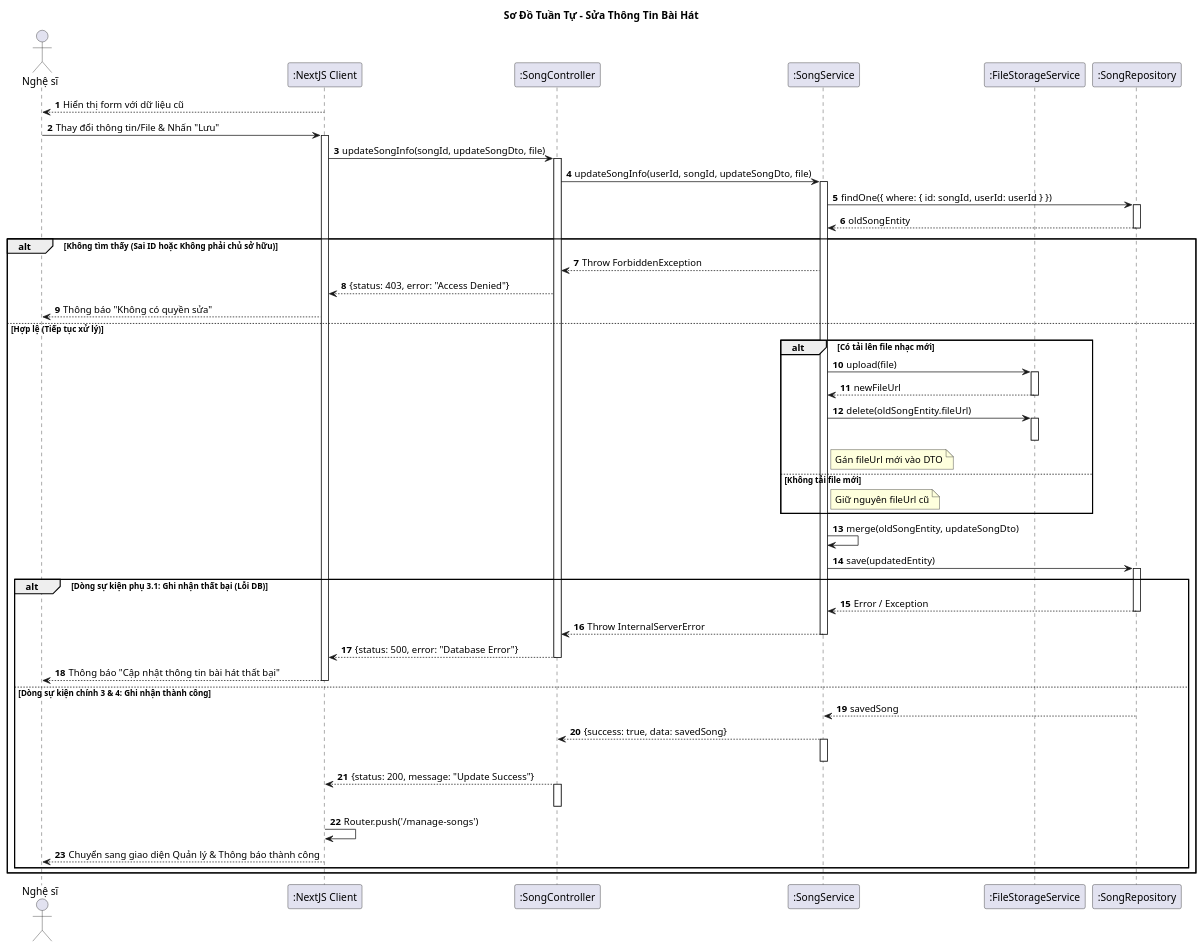
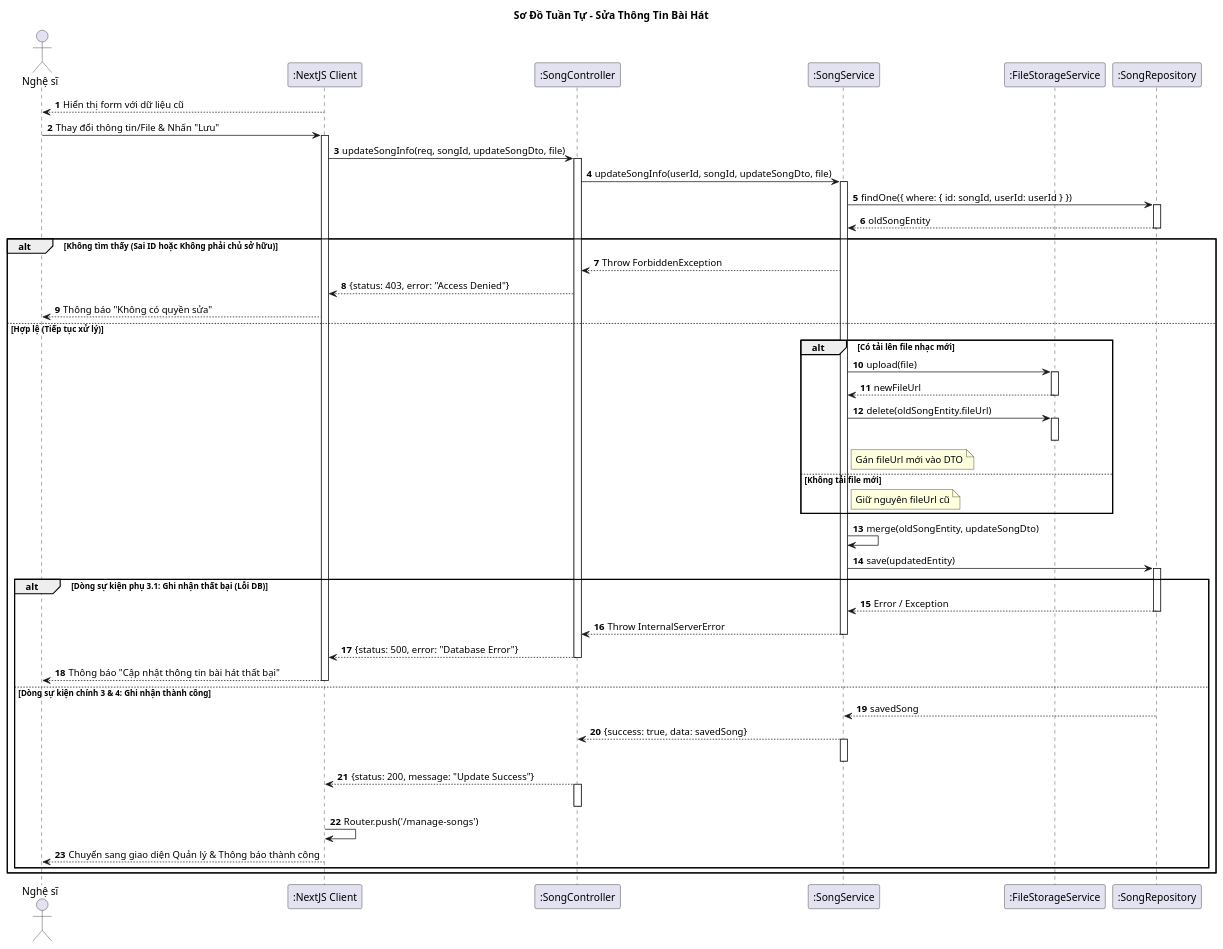
Before and after one commit to vinh047/soundwave: the diagram in Diagrams/SequenceDiagram/EditInformationSongSD.plantuml, drawn with PlantUML. The commit also changed 20 other files, not shown here.

```diff
--- a/Diagrams/SequenceDiagram/EditInformationSongSD.plantuml
+++ b/Diagrams/SequenceDiagram/EditInformationSongSD.plantuml
@@ -1,97 +1,97 @@
 @startuml Sequence Diagram - Sửa Thông Tin Bài Hát 
 
 title Sơ Đồ Tuần Tự - Sửa Thông Tin Bài Hát 
 
 actor "Nghệ sĩ" as Artist
 participant ":NextJS Client" as UI
 participant ":SongController" as Controller
 participant ":SongService" as Service
 participant ":FileStorageService" as Storage
 participant ":SongRepository" as DB
 
 autonumber
 
 ' === BƯỚC 1: HIỂN THỊ FORM (Implicit) ===
 UI --> Artist: Hiển thị form với dữ liệu cũ
 
 ' === BƯỚC 2: NGHỆ SĨ SỬA & LƯU ===
 Artist -> UI: Thay đổi thông tin/File & Nhấn "Lưu"
 activate UI
 
 ' Gửi request API
-UI -> Controller: updateSongInfo(songId, updateSongDto, file)
+UI -> Controller: updateSongInfo(req, songId, updateSongDto, file)
 activate Controller
 
 ' Lấy userId từ Token (req.user)
 Controller -> Service: updateSongInfo(userId, songId, updateSongDto, file)
 activate Service
 
 ' === BƯỚC 3: LẤY DỮ LIỆU CŨ & CHECK QUYỀN ===
 Service -> DB: findOne({ where: { id: songId, userId: userId } })
 activate DB
 DB --> Service: oldSongEntity
 deactivate DB
 
 alt Không tìm thấy (Sai ID hoặc Không phải chủ sở hữu)
     Service --> Controller: Throw ForbiddenException
     Controller --> UI: {status: 403, error: "Access Denied"}
     UI --> Artist: Thông báo "Không có quyền sửa"
     
 else Hợp lệ (Tiếp tục xử lý)
 
     ' === BƯỚC 4: XỬ LÝ FILE (Logic File) ===
     alt Có tải lên file nhạc mới
         Service -> Storage: upload(file)
         activate Storage
         Storage --> Service: newFileUrl
         deactivate Storage
         
         ' Xóa file cũ (Dọn rác)
         Service -> Storage: delete(oldSongEntity.fileUrl)
         activate Storage
         deactivate Storage
         
         note right of Service: Gán fileUrl mới vào DTO
     else Không tải file mới
         note right of Service: Giữ nguyên fileUrl cũ
     end
 
     ' === BƯỚC 5: CẬP NHẬT DB & XỬ LÝ LỖI (Use Case 3 & 3.1) ===
     Service -> Service: merge(oldSongEntity, updateSongDto)
     
     Service -> DB: save(updatedEntity)
     activate DB
     
     alt Dòng sự kiện phụ 3.1: Ghi nhận thất bại (Lỗi DB)
         DB --> Service: Error / Exception
         deactivate DB
         
         Service --> Controller: Throw InternalServerError
         deactivate Service
         
         Controller --> UI: {status: 500, error: "Database Error"}
         deactivate Controller
         
         UI --> Artist: Thông báo "Cập nhật thông tin bài hát thất bại"
         deactivate UI
         
     else Dòng sự kiện chính 3 & 4: Ghi nhận thành công
         ' (DB đã activate ở trên)
         DB --> Service: savedSong
         deactivate DB
         
         Service --> Controller: {success: true, data: savedSong}
         activate Service
         deactivate Service
         
         Controller --> UI: {status: 200, message: "Update Success"}
         activate Controller
         deactivate Controller
         
         ' Client chuyển hướng
         UI -> UI: Router.push('/manage-songs')
         UI --> Artist: Chuyển sang giao diện Quản lý & Thông báo thành công
         deactivate UI
     end
 end
 @enduml
```
